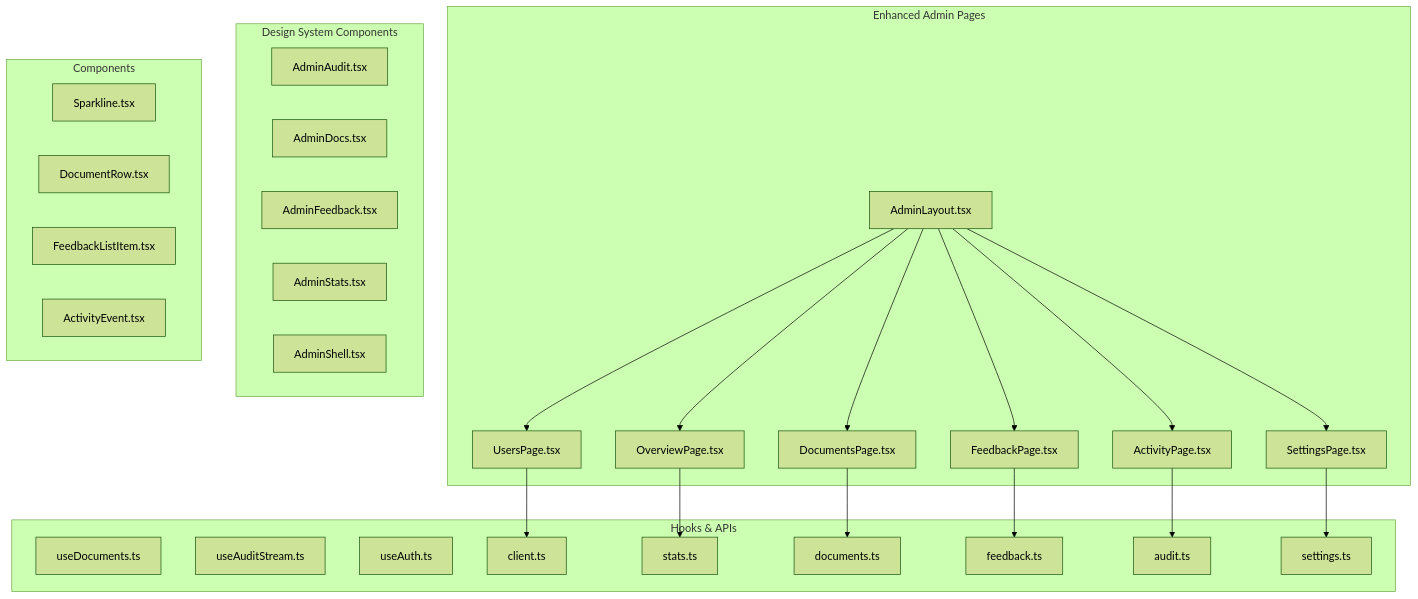
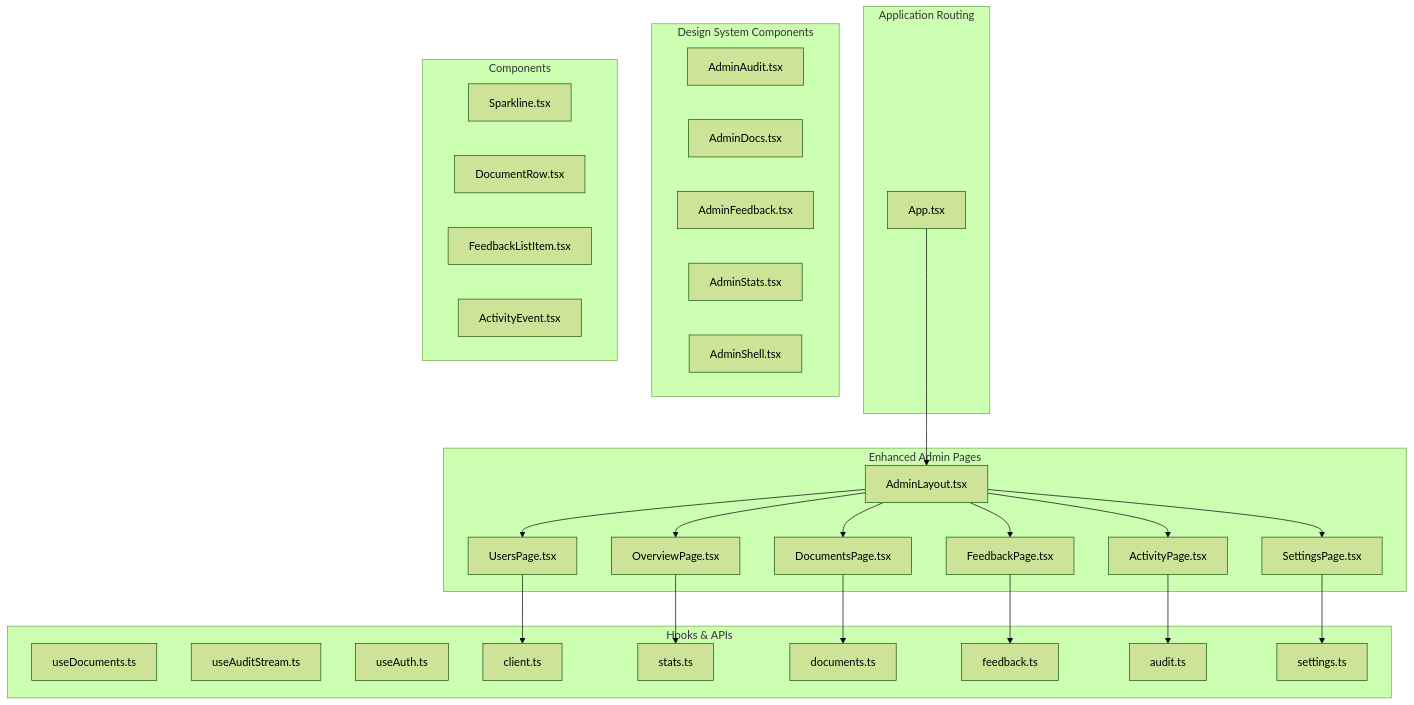
One commit to genes8/private-ai changed the first of 16 diagrams in .qoder/repowiki/en/content/Frontend Application/Admin Dashboard/Admin Dashboard.md. Above: the diagram before and after it, drawn with Mermaid (forest theme). The commit also changed other lines of this file and 55 other files, not shown here.

````diff
--- a/.qoder/repowiki/en/content/Frontend Application/Admin Dashboard/Admin Dashboard.md
+++ b/.qoder/repowiki/en/content/Frontend Application/Admin Dashboard/Admin Dashboard.md
@@ -64,48 +64,52 @@
 ```mermaid
 graph TB
 subgraph "Enhanced Admin Pages"
 AL["AdminLayout.tsx"]
 OP["OverviewPage.tsx"]
 DP["DocumentsPage.tsx"]
 AP["ActivityPage.tsx"]
 FP["FeedbackPage.tsx"]
 UP["UsersPage.tsx"]
 SP["SettingsPage.tsx"]
+end
+subgraph "Application Routing"
+APP["App.tsx"]
 end
 subgraph "Design System Components"
 DA["AdminAudit.tsx"]
 DD["AdminDocs.tsx"]
 DF["AdminFeedback.tsx"]
 DS["AdminStats.tsx"]
 AS["AdminShell.tsx"]
 end
 subgraph "Components"
 SL["Sparkline.tsx"]
 DR["DocumentRow.tsx"]
 FLI["FeedbackListItem.tsx"]
 AE["ActivityEvent.tsx"]
 end
 subgraph "Hooks & APIs"
 UDM["useDocuments.ts"]
 UAS["useAuditStream.ts"]
 UA["useAuth.ts"]
 CLI["client.ts"]
 ST["stats.ts"]
 DOC["documents.ts"]
 FB["feedback.ts"]
 AT["audit.ts"]
 SET["settings.ts"]
 end
 AL --> SP
 AL --> UP
 AL --> FP
 AL --> AP
 AL --> DP
 AL --> OP
+APP --> AL
 SP --> SET
 UP --> CLI
 FP --> FB
 AP --> AT
 DP --> DOC
 OP --> ST
 ```
````
